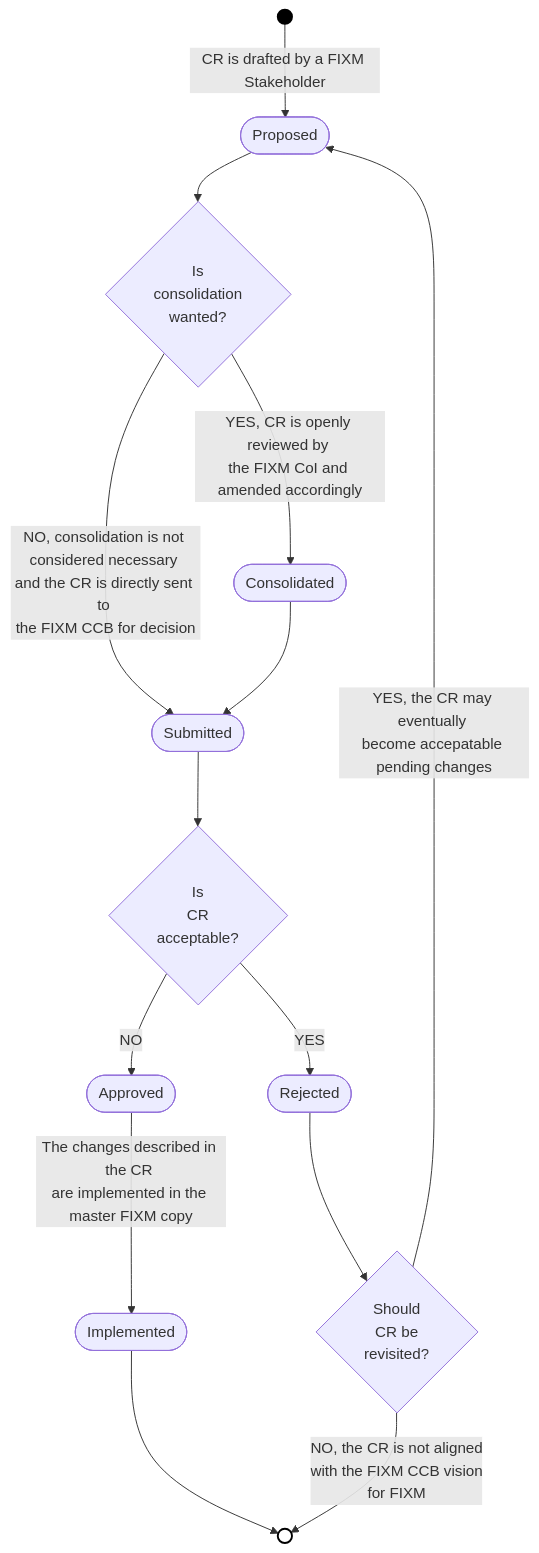
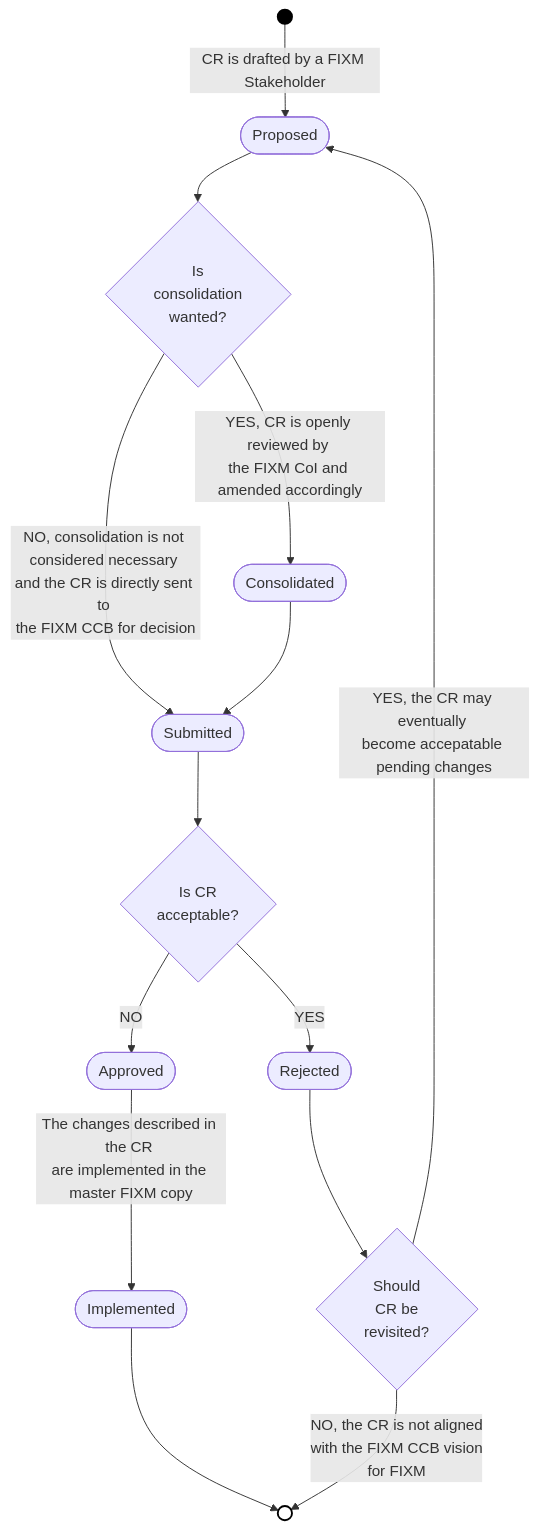
The fourth of 4 diagrams in docs/fixm/charter.md (du-lapin/test_docsify), drawn with Mermaid before and after one commit.

````diff
--- a/docs/fixm/charter.md
+++ b/docs/fixm/charter.md
@@ -294,31 +294,31 @@
 ```mermaid
 graph TD
 INITIAL_STATE(( ))
 END_STATE(( ))
 PROPOSED([Proposed])
 CONSOLIDATED([Consolidated])
 SUBMITTED([Submitted])
 REJECTED([Rejected])
 APPROVED([Approved])
 IMPLEMENTED([Implemented])
 is_consolidation_wanted{Is<br>consolidation<br>wanted?}
-is_CR_acceptable{Is<br>CR<br>acceptable?}
+is_CR_acceptable{Is CR<br>acceptable?}
 should_CR_be_revisited{Should<br>CR be<br>revisited?}
 
 INITIAL_STATE --> |CR is drafted by a FIXM Stakeholder| PROPOSED
 PROPOSED --> is_consolidation_wanted
 is_consolidation_wanted --> |NO, consolidation is not considered necessary <br>and the CR is directly sent to <br>the FIXM CCB for decision| SUBMITTED
 is_consolidation_wanted --> |YES, CR is openly reviewed by <br>the FIXM CoI and amended accordingly| CONSOLIDATED
 CONSOLIDATED --> | | SUBMITTED
 SUBMITTED --> | | is_CR_acceptable
 is_CR_acceptable --> |YES| REJECTED
 is_CR_acceptable --> |NO| APPROVED
 APPROVED --> |The changes described in the CR <br>are implemented in the master FIXM copy| IMPLEMENTED
 IMPLEMENTED --> END_STATE
 REJECTED --> should_CR_be_revisited
 should_CR_be_revisited --> |YES, the CR may eventually <br>become accepatable <br>pending changes| PROPOSED
 should_CR_be_revisited --> |NO, the CR is not aligned <br>with the FIXM CCB vision <br>for FIXM| END_STATE
 
 style INITIAL_STATE fill:black,stroke:black,stroke-width:2px
 style END_STATE fill:white,stroke:black,stroke-width:2px
 ```
````
